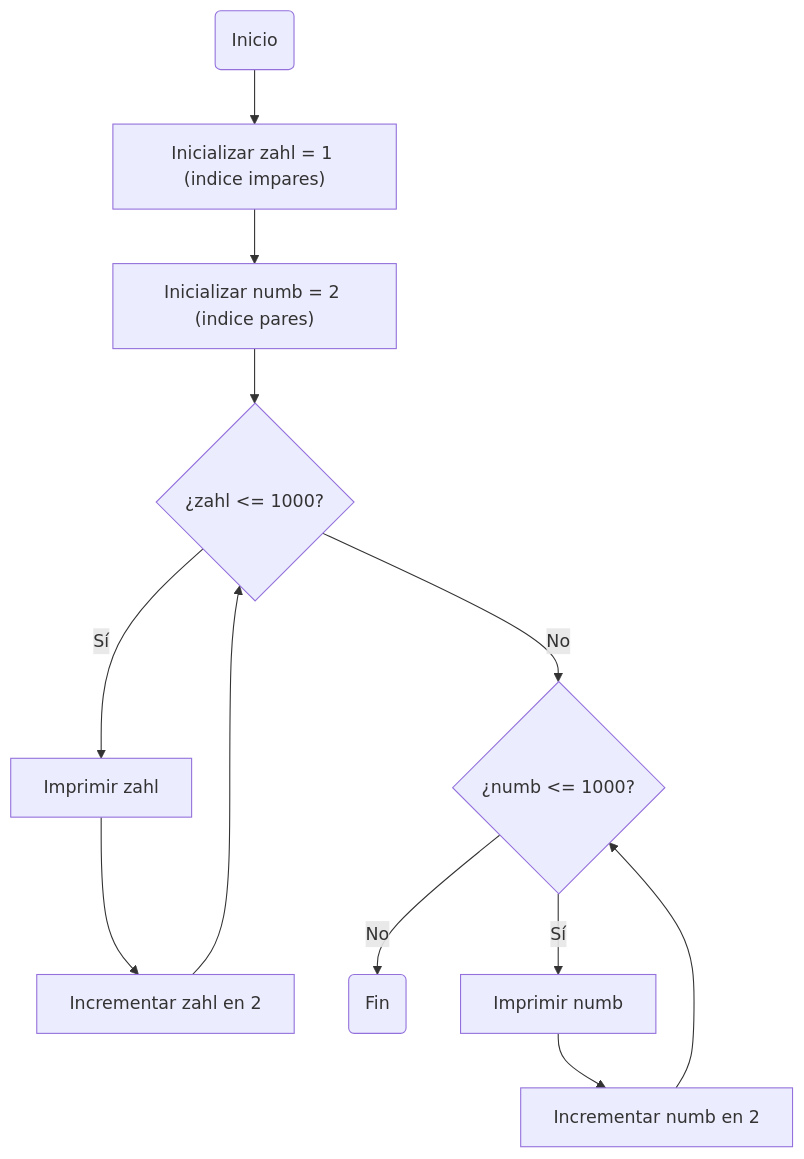
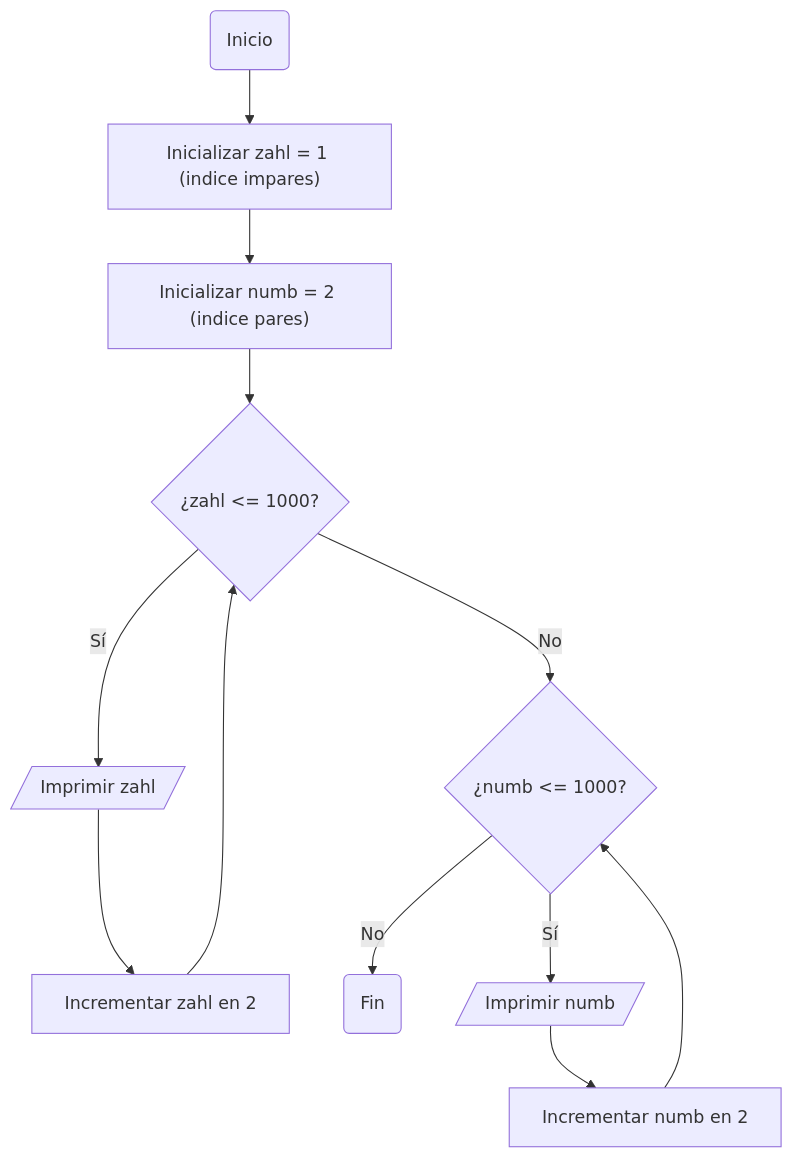
The second of 3 diagrams in README.md (JesusGarnica8684/Reto_6), drawn with Mermaid before and after one commit. The commit also changed other lines of this file, not shown here.

````diff
--- a/README.md
+++ b/README.md
@@ -31,17 +32,19 @@
 ```mermaid
 flowchart TD
     A["Inicio"] --> B["Inicializar zahl = 1 (indice impares)"]
     B --> C["Inicializar numb = 2 (indice pares)"]
     C --> D{"¿zahl &lt;= 1000?"}
     D -- Sí --> E["Imprimir zahl"]
     E --> F["Incrementar zahl en 2"]
     F --> D
     D -- No --> G{"¿numb &lt;= 1000?"}
     G -- No --> J["Fin"]
     G -- Sí --> H["Imprimir numb"]
     H --> I["Incrementar numb en 2"]
     I --> G
 
     A@{ shape: event}
+    E@{ shape: in-out}
     J@{ shape: event}
+    H@{ shape: in-out}
 ```
````
